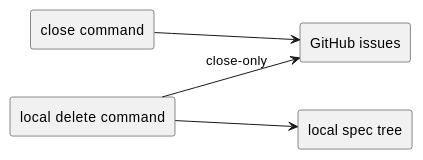
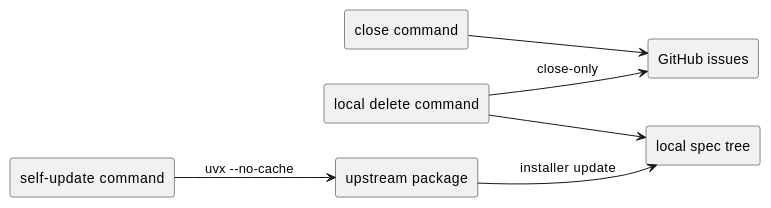
One commit to chemitaro/spec-dock changed the first of 3 diagrams in spec-dock/initiatives/init-local-00002-prototype-feature-expansion/epics/epic-00054-github-lifecycle-command-expansion/design.md. Above: the diagram before and after it, drawn with PlantUML. The commit also changed other lines of this file and 4 other files, not shown here.

First line of the commit message:
docs(spec): self update command の仕様を整備

````diff
--- a/spec-dock/initiatives/init-local-00002-prototype-feature-expansion/epics/epic-00054-github-lifecycle-command-expansion/design.md
+++ b/spec-dock/initiatives/init-local-00002-prototype-feature-expansion/epics/epic-00054-github-lifecycle-command-expansion/design.md
@@ -32,15 +35,19 @@
 ```plantuml
 @startuml
 skinparam monochrome true
 left to right direction
 
 rectangle "close command" as close
 rectangle "local delete command" as delete
+rectangle "self-update command" as update
 rectangle "local spec tree" as tree
 rectangle "GitHub issues" as gh
+rectangle "upstream package" as pkg
 
 close --> gh
 delete --> tree
 delete --> gh : close-only
+update --> pkg : uvx --no-cache
+pkg --> tree : installer update
 @enduml
 ```
````
